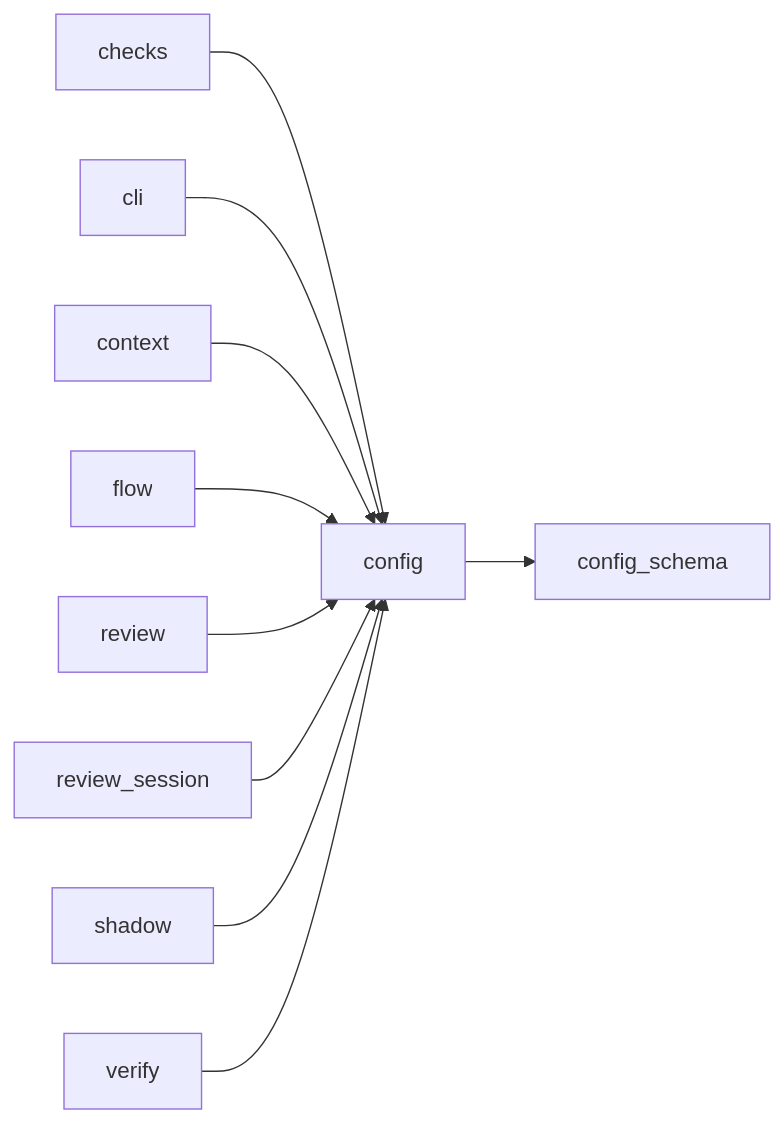
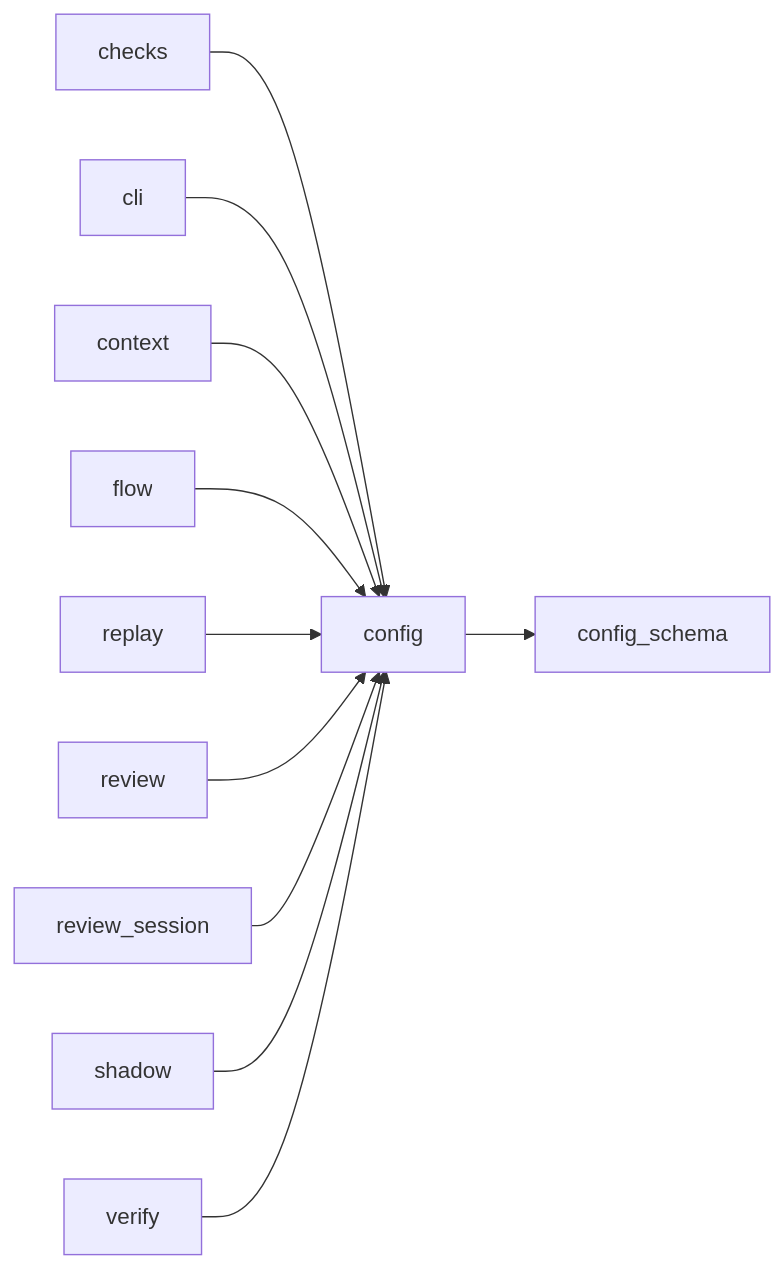
The third of 3 diagrams in docs/architecture/modules/config.md (plaplanche/ariane), drawn with Mermaid before and after one commit. The commit also changed other lines of this file and 21 other files, not shown here.

````diff
--- a/docs/architecture/modules/config.md
+++ b/docs/architecture/modules/config.md
@@ -149,12 +149,13 @@
 ```mermaid
 flowchart LR
   checks --> config
   cli --> config
   config --> config_schema
   context --> config
   flow --> config
+  replay --> config
   review --> config
   review_session --> config
   shadow --> config
   verify --> config
 ```
````
